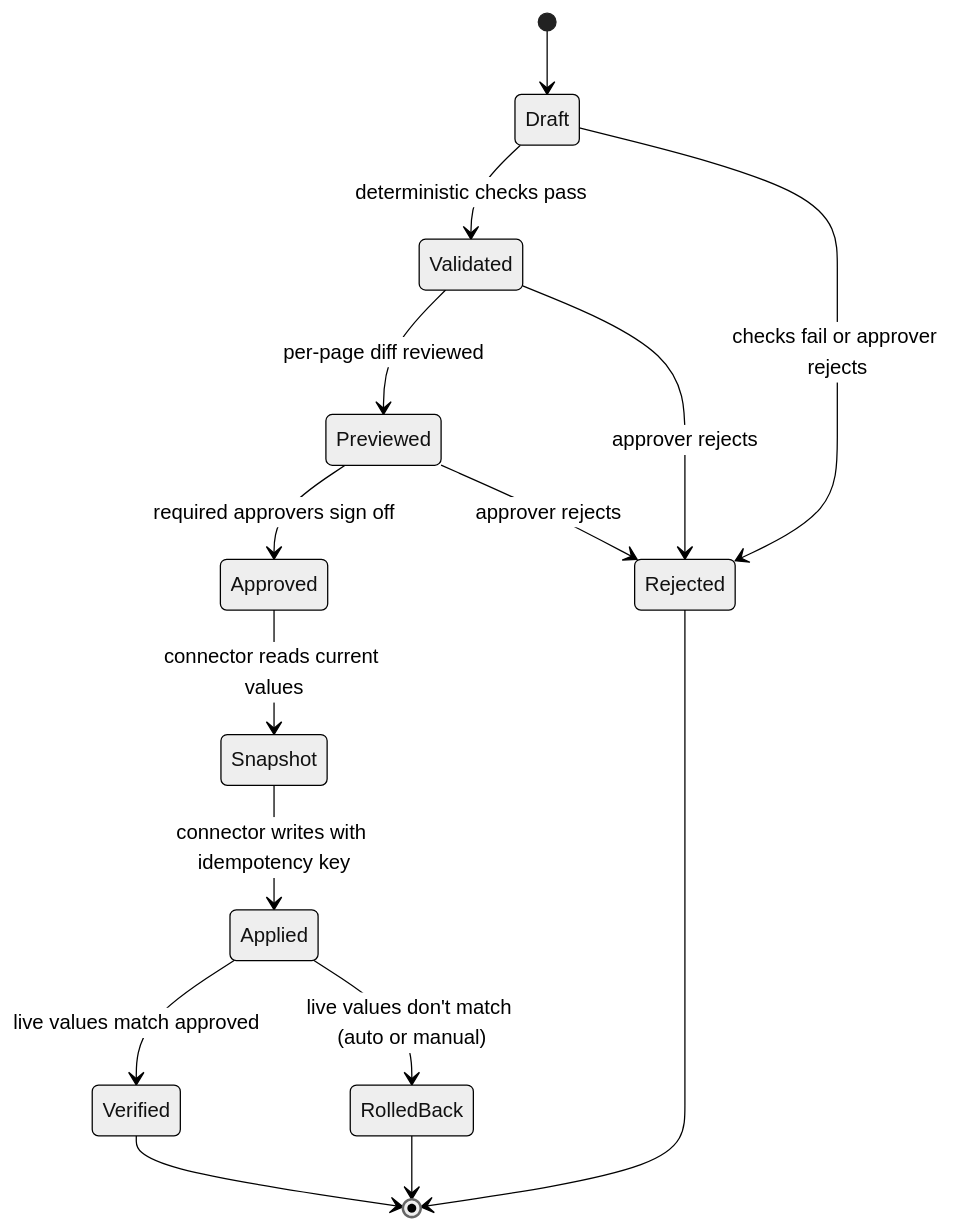
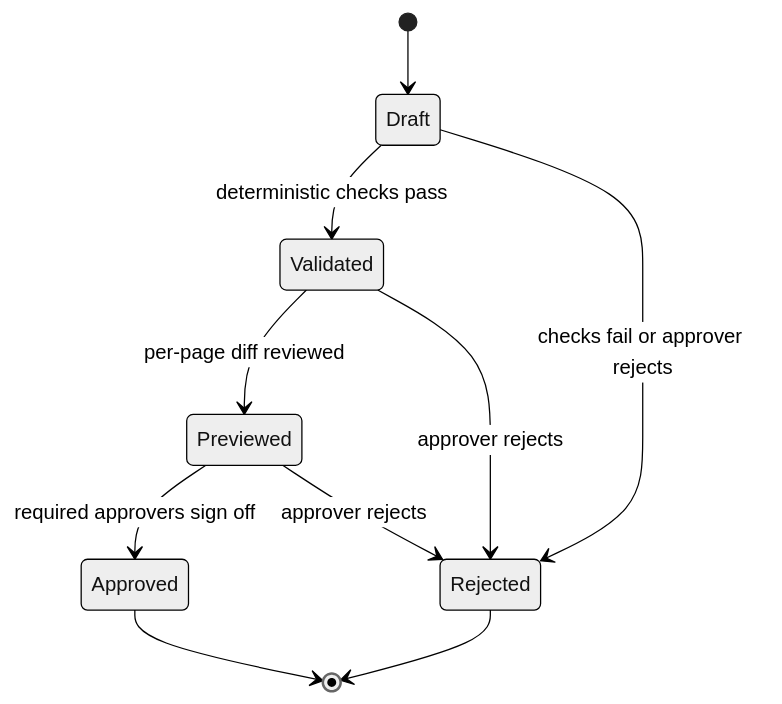
The third of 4 diagrams in docs/superpowers/specs/2026-10-12-m8-content-schema-studio-design.md (al-ai-hq/Web-Inteligence), drawn with Mermaid (neutral theme) before and after one commit. The commit also changed other lines of this file, not shown here.

````diff
--- a/docs/superpowers/specs/2026-10-12-m8-content-schema-studio-design.md
+++ b/docs/superpowers/specs/2026-10-12-m8-content-schema-studio-design.md
@@ -572,18 +619,13 @@
 ```mermaid
 stateDiagram-v2
     [*] --> Draft
     Draft --> Validated: deterministic checks pass
     Validated --> Previewed: per-page diff reviewed
     Previewed --> Approved: required approvers sign off
-    Approved --> Snapshot: connector reads current values
-    Snapshot --> Applied: connector writes with idempotency key
-    Applied --> Verified: live values match approved
-    Applied --> RolledBack: live values don't match (auto or manual)
-    Verified --> [*]
-    RolledBack --> [*]
+    Approved --> [*]
     
     Draft --> Rejected: checks fail or approver rejects
     Validated --> Rejected: approver rejects
     Previewed --> Rejected: approver rejects
     Rejected --> [*]
 ```
````
